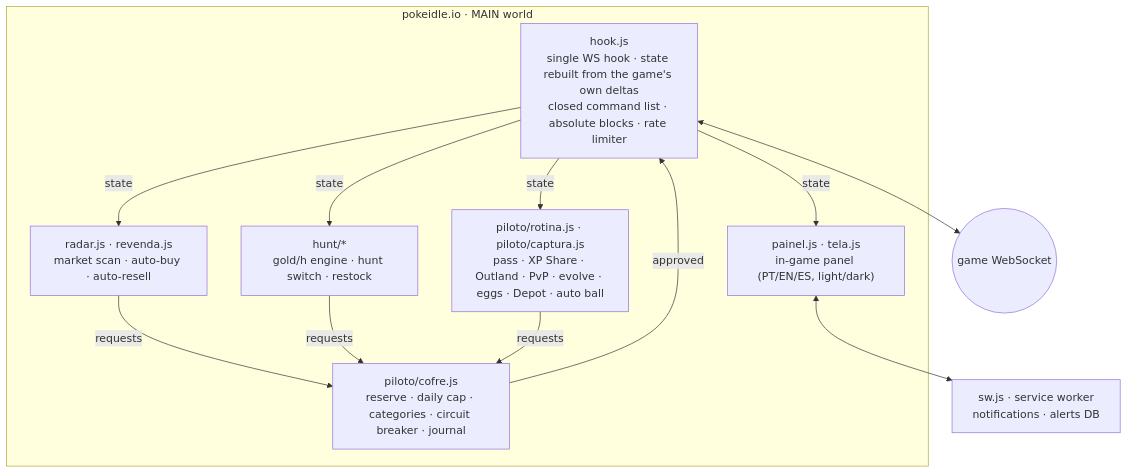
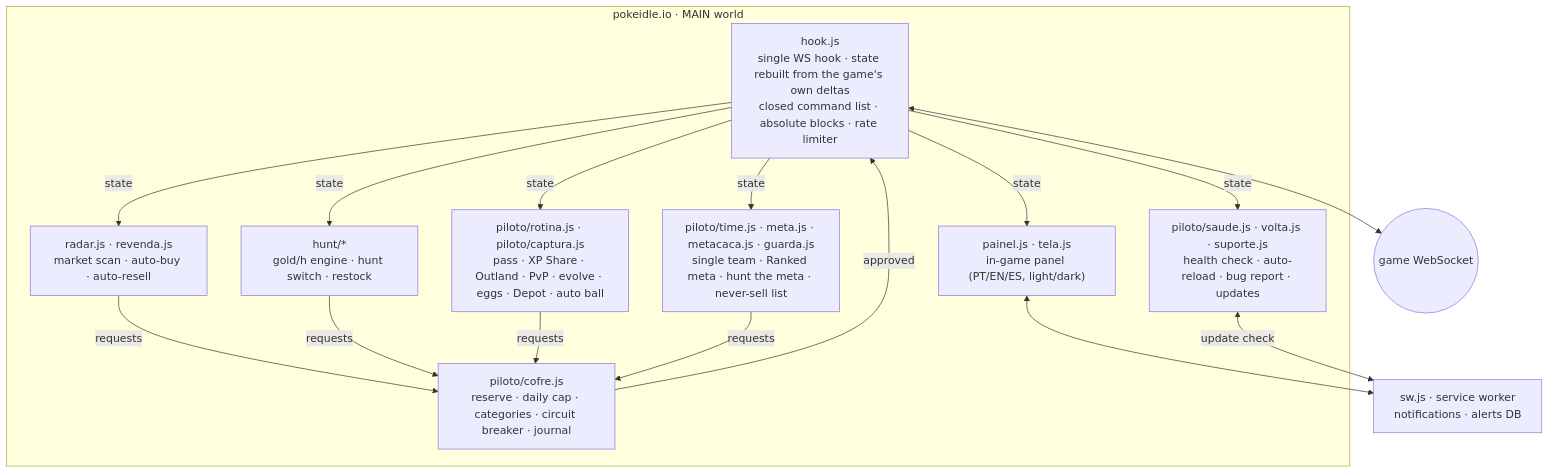
One commit to DredsGG/pokeidle-piloto changed the diagram in README.md. Above: the diagram before and after it, drawn with Mermaid. The commit also changed other lines of this file and 58 other files, not shown here.

Commit message:
v1.25.0: single team, Ranked meta, hunt the meta, auto Pokémon listing, auto-reload, health check, bug report and update check

````diff
--- a/README.md
+++ b/README.md
@@ -61,16 +73,19 @@
 ```mermaid
 flowchart TB
   WS(("game WebSocket"))
   subgraph MAIN["pokeidle.io · MAIN world"]
     H["hook.js<br/>single WS hook · state rebuilt from the game's own deltas<br/>closed command list · absolute blocks · rate limiter"]
     C["piloto/cofre.js<br/>reserve · daily cap · categories · circuit breaker · journal"]
     RA["radar.js · revenda.js<br/>market scan · auto-buy · auto-resell"]
     HU["hunt/*<br/>gold/h engine · hunt switch · restock"]
     RO["piloto/rotina.js · piloto/captura.js<br/>pass · XP Share · Outland · PvP · evolve · eggs · Depot · auto ball"]
+    TM["piloto/time.js · meta.js · metacaca.js · guarda.js<br/>single team · Ranked meta · hunt the meta · never-sell list"]
+    SA["piloto/saude.js · volta.js · suporte.js<br/>health check · auto-reload · bug report · updates"]
     UI["painel.js · tela.js<br/>in-game panel (PT/EN/ES, light/dark)"]
   end
   SW["sw.js · service worker<br/>notifications · alerts DB"]
-  RA & HU & RO -->|requests| C -->|approved| H <--> WS
-  H -->|state| RA & HU & RO & UI
+  RA & HU & RO & TM -->|requests| C -->|approved| H <--> WS
+  H -->|state| RA & HU & RO & TM & SA & UI
   UI <--> SW
+  SA <-->|update check| SW
 ```
````
